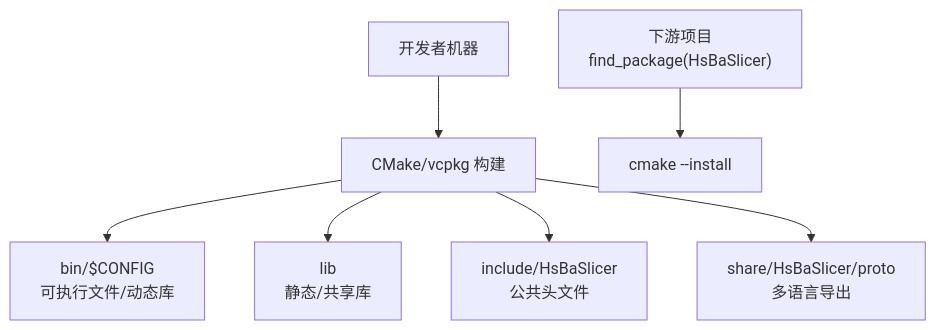
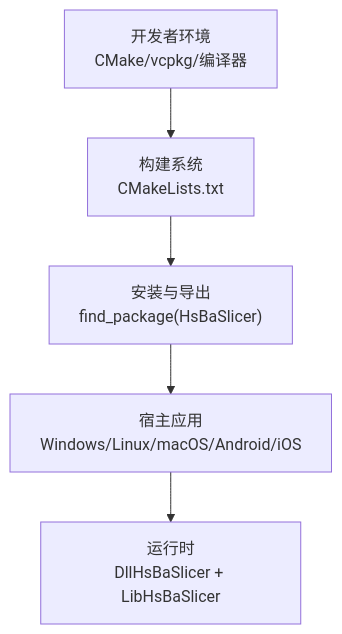
One commit to hsmbanlance/HsBaSlicer changed the eighth of 8 diagrams in .qoder/repowiki/zh/content/架构总览.md. Above: the diagram before and after it, drawn with Mermaid. The commit also changed other lines of this file and 1095 other files, not shown here.

````diff
--- a/.qoder/repowiki/zh/content/架构总览.md
+++ b/.qoder/repowiki/zh/content/架构总览.md
@@ -468,9 +332,7 @@
 ```mermaid
 graph TB
-Dev["开发者机器"] --> Build["CMake/vcpkg 构建"]
-Build --> Bin["bin/$CONFIG<br/>可执行文件/动态库"]
-Build --> Lib["lib<br/>静态/共享库"]
-Build --> Include["include/HsBaSlicer<br/>公共头文件"]
-Build --> Share["share/HsBaSlicer/proto<br/>多语言导出"]
-Downstream["下游项目<br/>find_package(HsBaSlicer)"] --> Install["cmake --install"]
+Dev["开发者环境<br/>CMake/vcpkg/编译器"] --> Build["构建系统<br/>CMakeLists.txt"]
+Build --> Install["安装与导出<br/>find_package(HsBaSlicer)"]
+Install --> Host["宿主应用<br/>Windows/Linux/macOS/Android/iOS"]
+Host --> Runtime["运行时<br/>DllHsBaSlicer + LibHsBaSlicer"]
 ```
````
